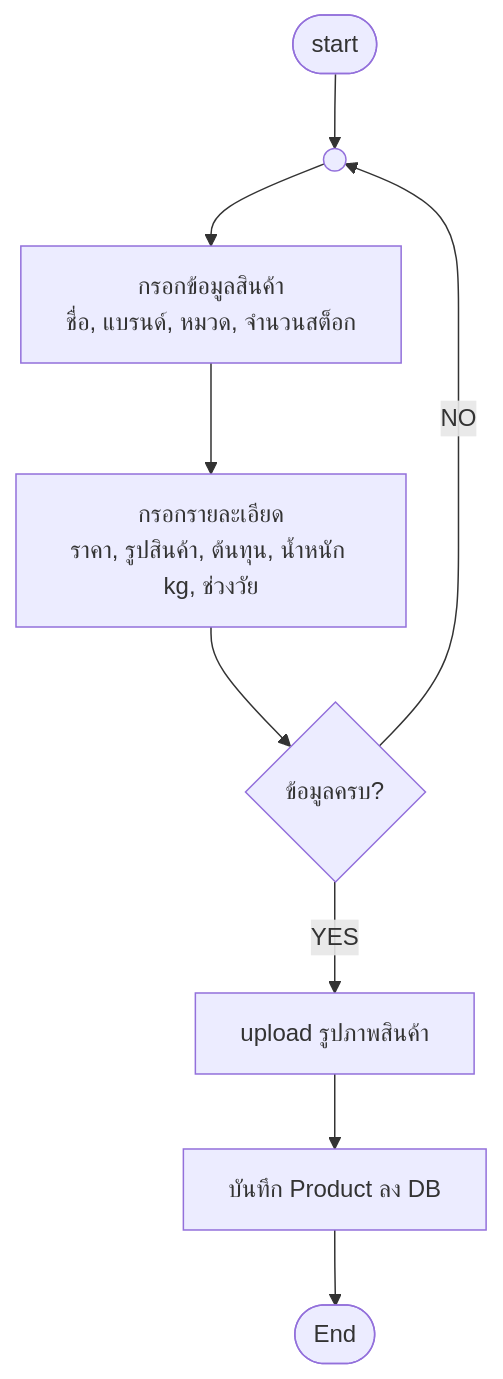
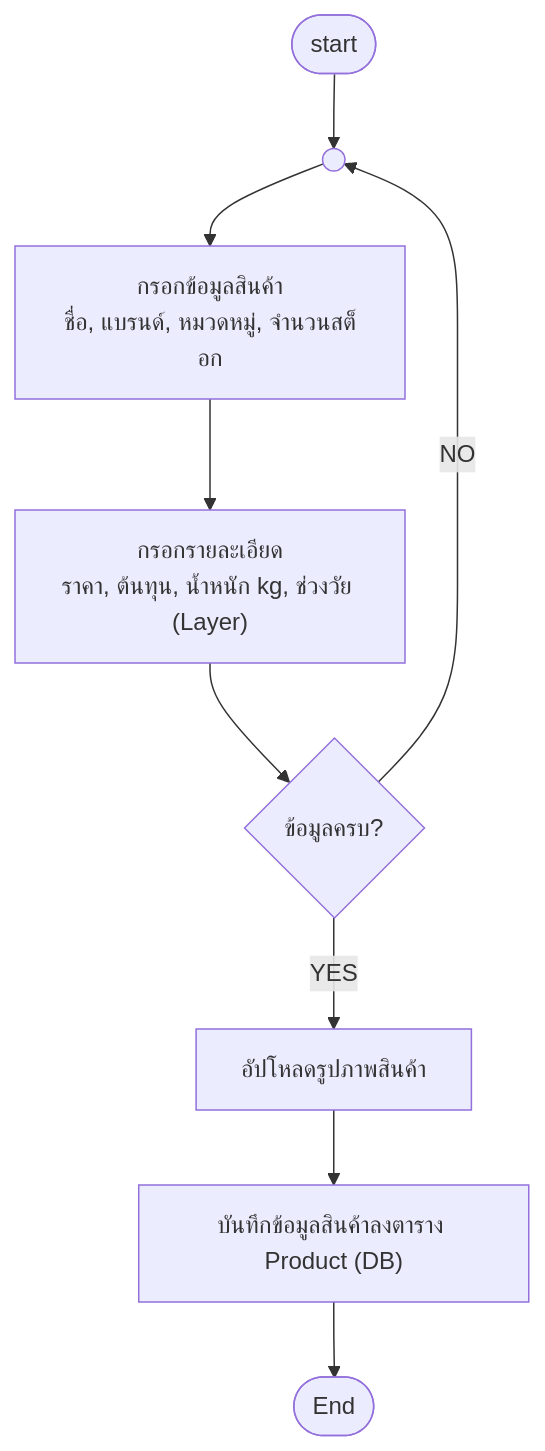
Diagram 11 of 18 in README.md (doraemon-kub/CSI402_Project-final), drawn with Mermaid before and after one commit. The commit also changed other lines of this file, not shown here.

Commit message:
docs: update and fix flowcharts per bug.pdf requirements and resolve GitHub Mermaid render errors

````diff
--- a/README.md
+++ b/README.md
@@ -294,11 +290,11 @@
 ```mermaid
 flowchart TD
     Start([start]) --> ConnAddProd(( ))
-    ConnAddProd --> InputBasic[กรอกข้อมูลสินค้า\nชื่อ, แบรนด์, หมวด, จำนวนสต็อก]
-    InputBasic --> InputDetail[กรอกรายละเอียด\nราคา, รูปสินค้า, ต้นทุน, น้ำหนัก kg, ช่วงวัย]
+    ConnAddProd --> InputBasic["กรอกข้อมูลสินค้า\nชื่อ, แบรนด์, หมวดหมู่, จำนวนสต็อก"]
+    InputBasic --> InputDetail["กรอกรายละเอียด\nราคา, ต้นทุน, น้ำหนัก kg, ช่วงวัย (Layer)"]
     InputDetail --> CheckProductComplete{ข้อมูลครบ?}
     CheckProductComplete -- NO --> ConnAddProd
-    CheckProductComplete -- YES --> UploadImage[upload รูปภาพสินค้า]
-    UploadImage --> SaveProductDB[บันทึก Product ลง DB]
+    CheckProductComplete -- YES --> UploadImage["อัปโหลดรูปภาพสินค้า"]
+    UploadImage --> SaveProductDB["บันทึกข้อมูลสินค้าลงตาราง Product (DB)"]
     SaveProductDB --> End([End])
 ```
````
